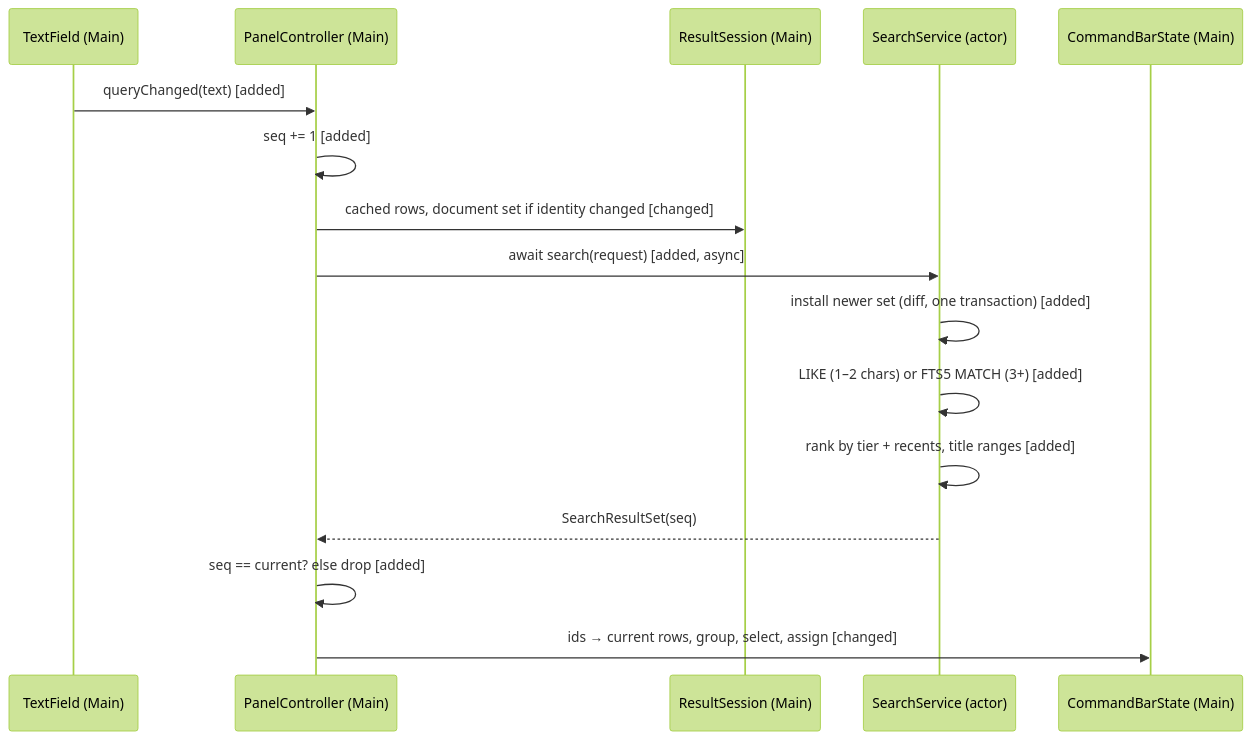
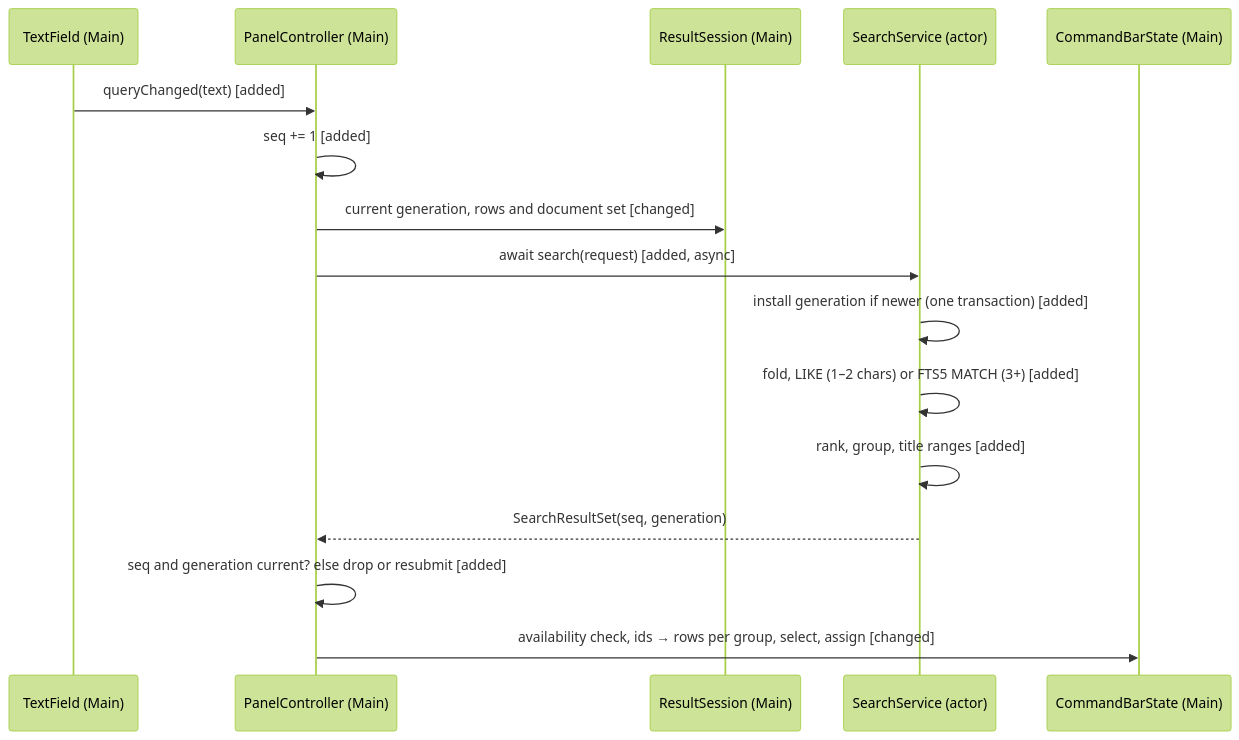
The third of 4 diagrams in docs/specs/2026-09-26-find-search-service/2026-09-26-find-search-service-program-design.md (ShravanSunder/agentstudio), drawn with Mermaid (forest theme) before and after one commit. The commit also changed other lines of this file and 1 other file, not shown here.

Commit message:
Close Find review round 2: generation-bound requests, declared search fields, one case fold, service grouping

````diff
--- a/docs/specs/2026-09-26-find-search-service/2026-09-26-find-search-service-program-design.md
+++ b/docs/specs/2026-09-26-find-search-service/2026-09-26-find-search-service-program-design.md
@@ -136,18 +168,18 @@
 ```mermaid
 sequenceDiagram
   participant TF as TextField (Main)
   participant C as PanelController (Main)
   participant RS as ResultSession (Main)
   participant S as SearchService (actor)
   participant ST as CommandBarState (Main)
   TF->>C: queryChanged(text) [added]
   C->>C: seq += 1 [added]
-  C->>RS: cached rows, document set if identity changed [changed]
+  C->>RS: current generation, rows and document set [changed]
   C->>S: await search(request) [added, async]
-  S->>S: install newer set (diff, one transaction) [added]
-  S->>S: LIKE (1–2 chars) or FTS5 MATCH (3+) [added]
-  S->>S: rank by tier + recents, title ranges [added]
-  S-->>C: SearchResultSet(seq)
-  C->>C: seq == current? else drop [added]
-  C->>ST: ids → current rows, group, select, assign [changed]
+  S->>S: install generation if newer (one transaction) [added]
+  S->>S: fold, LIKE (1–2 chars) or FTS5 MATCH (3+) [added]
+  S->>S: rank, group, title ranges [added]
+  S-->>C: SearchResultSet(seq, generation)
+  C->>C: seq and generation current? else drop or resubmit [added]
+  C->>ST: availability check, ids → rows per group, select, assign [changed]
 ```
````
